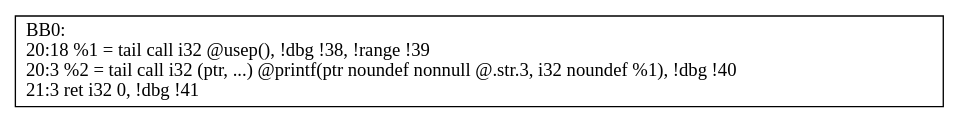
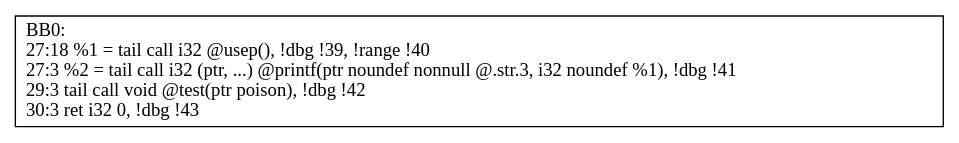
The diagram in output/demo.ll_main_CFG.dot (M-ouse/FinalDesign), drawn with Graphviz before and after one commit. The commit also changed 12 other files, not shown here.

```diff
--- a/output/demo.ll_main_CFG.dot
+++ b/output/demo.ll_main_CFG.dot
@@ -1,3 +1,3 @@
 digraph "CFG for'main' function" {
-	BB0 [shape=record, label="{BB0:\l20:18   %1 = tail call i32 @usep(), !dbg !38, !range !39\l 20:3   %2 = tail call i32 (ptr, ...) @printf(ptr noundef nonnull @.str.3, i32 noundef %1), !dbg !40\l 21:3   ret i32 0, !dbg !41\l }"];
+	BB0 [shape=record, label="{BB0:\l27:18   %1 = tail call i32 @usep(), !dbg !39, !range !40\l 27:3   %2 = tail call i32 (ptr, ...) @printf(ptr noundef nonnull @.str.3, i32 noundef %1), !dbg !41\l 29:3   tail call void @test(ptr poison), !dbg !42\l 30:3   ret i32 0, !dbg !43\l }"];
 }
```
